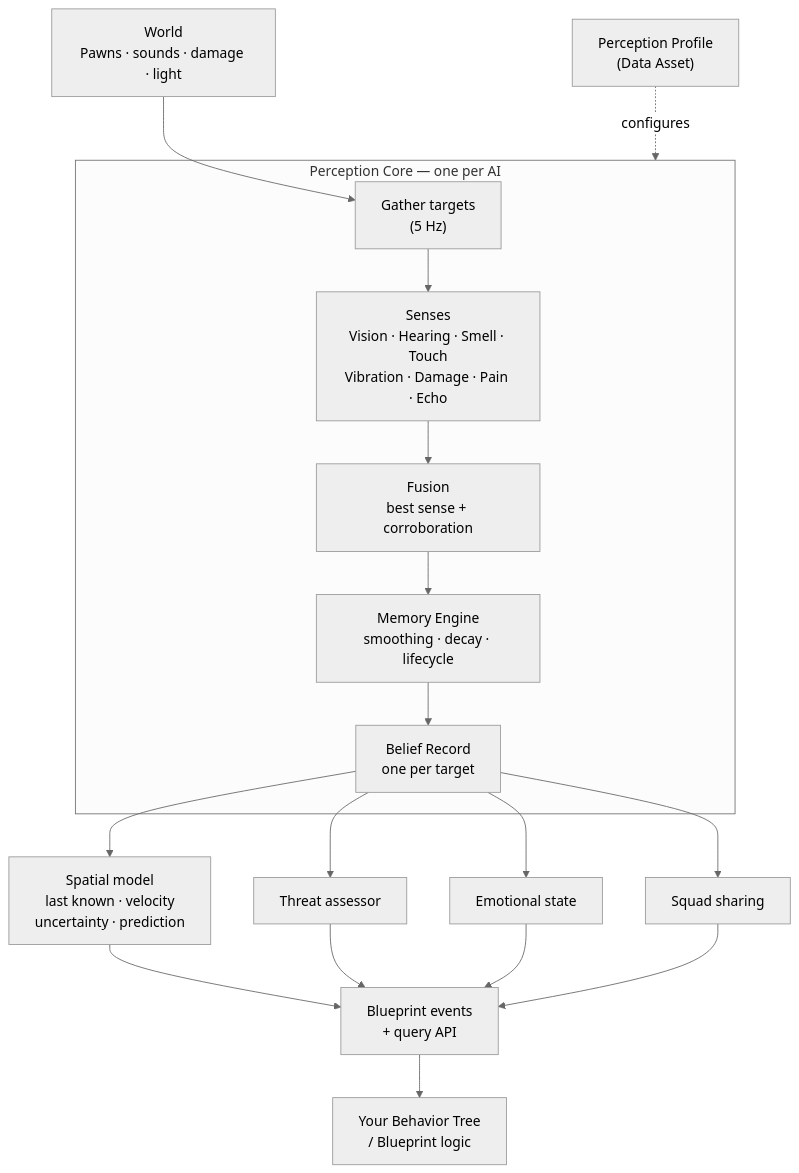
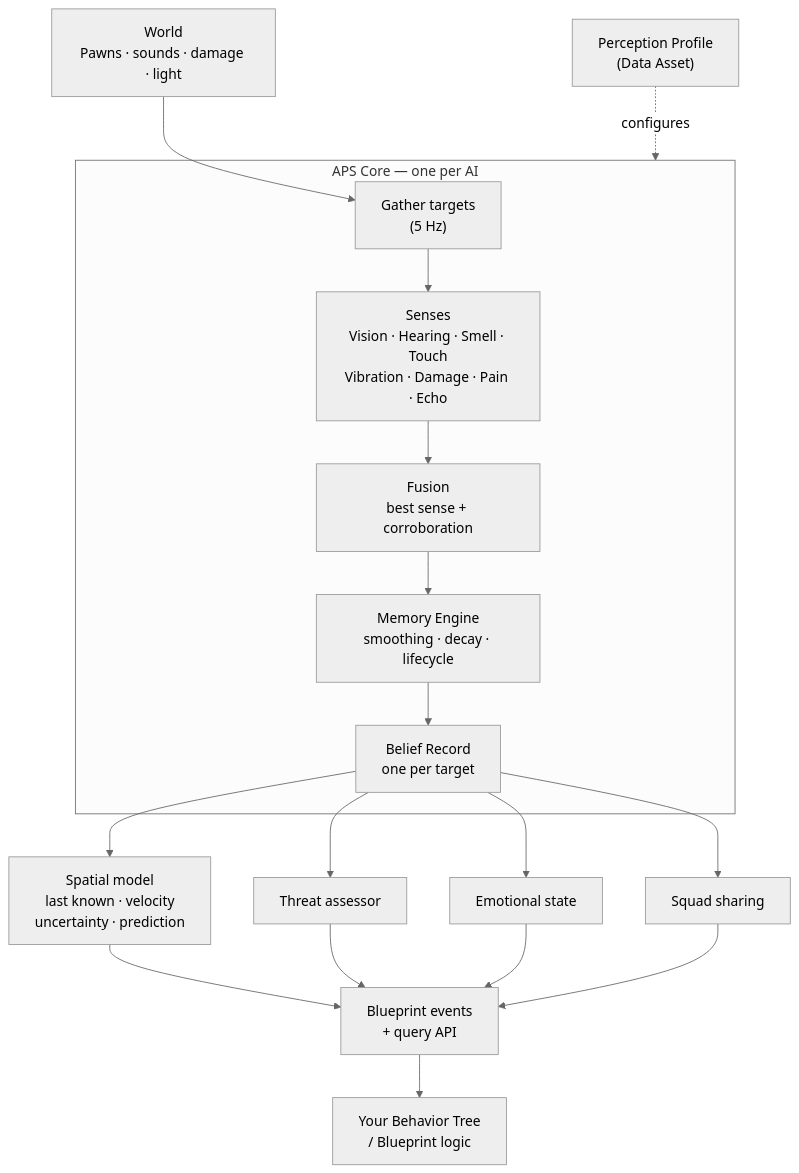
Before and after one commit to auragame33-sys/aps-docs: the third of 5 diagrams in APS-Documentation-ALL-IN-ONE.md, drawn with Mermaid (neutral theme). The commit also changed other lines of this file and 15 other files, not shown here.

````diff
--- a/APS-Documentation-ALL-IN-ONE.md
+++ b/APS-Documentation-ALL-IN-ONE.md
@@ -1952,26 +1981,26 @@
 ```mermaid
 flowchart TD
     W["World<br/>Pawns · sounds · damage · light"] --> G
 
-    subgraph CORE["Perception Core — one per AI"]
+    subgraph CORE["APS Core — one per AI"]
         G["Gather targets<br/>(5 Hz)"] --> S
         S["Senses<br/>Vision · Hearing · Smell · Touch<br/>Vibration · Damage · Pain · Echo"] --> F
         F["Fusion<br/>best sense + corroboration"] --> M
         M["Memory Engine<br/>smoothing · decay · lifecycle"] --> B
         B["Belief Record<br/>one per target"]
     end
 
     P["Perception Profile<br/>(Data Asset)"] -.->|configures| CORE
 
     B --> SP["Spatial model<br/>last known · velocity<br/>uncertainty · prediction"]
     B --> TH["Threat assessor"]
     B --> EM["Emotional state"]
     B --> SQ["Squad sharing"]
 
     SP --> EV
     TH --> EV
     EM --> EV
     SQ --> EV
 
     EV["Blueprint events<br/>+ query API"] --> YOU["Your Behavior Tree<br/>/ Blueprint logic"]
 ```
````
